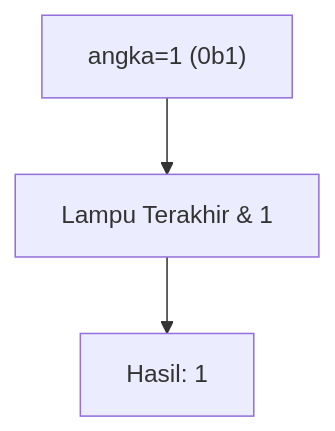
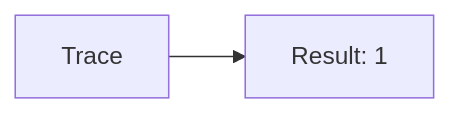
One commit to amnahwaida/OSNK_INF_PREP changed the second of 25 diagrams in part-c-pemahaman-cpp/06-bitwise/latihan/set-03.md. Above: the diagram before and after it, drawn with Mermaid. The commit also changed other lines of this file and 71 other files, not shown here.

````diff
--- a/part-c-pemahaman-cpp/06-bitwise/latihan/set-03.md
+++ b/part-c-pemahaman-cpp/06-bitwise/latihan/set-03.md
@@ -48,5 +43,4 @@
 ```mermaid
-graph TD
-A["angka=1 (0b1)"] --> B["Lampu Terakhir & 1"]
-B --> C["Hasil: 1"]
+graph LR
+A[Trace] --> B[Result: 1]
 ```
````
